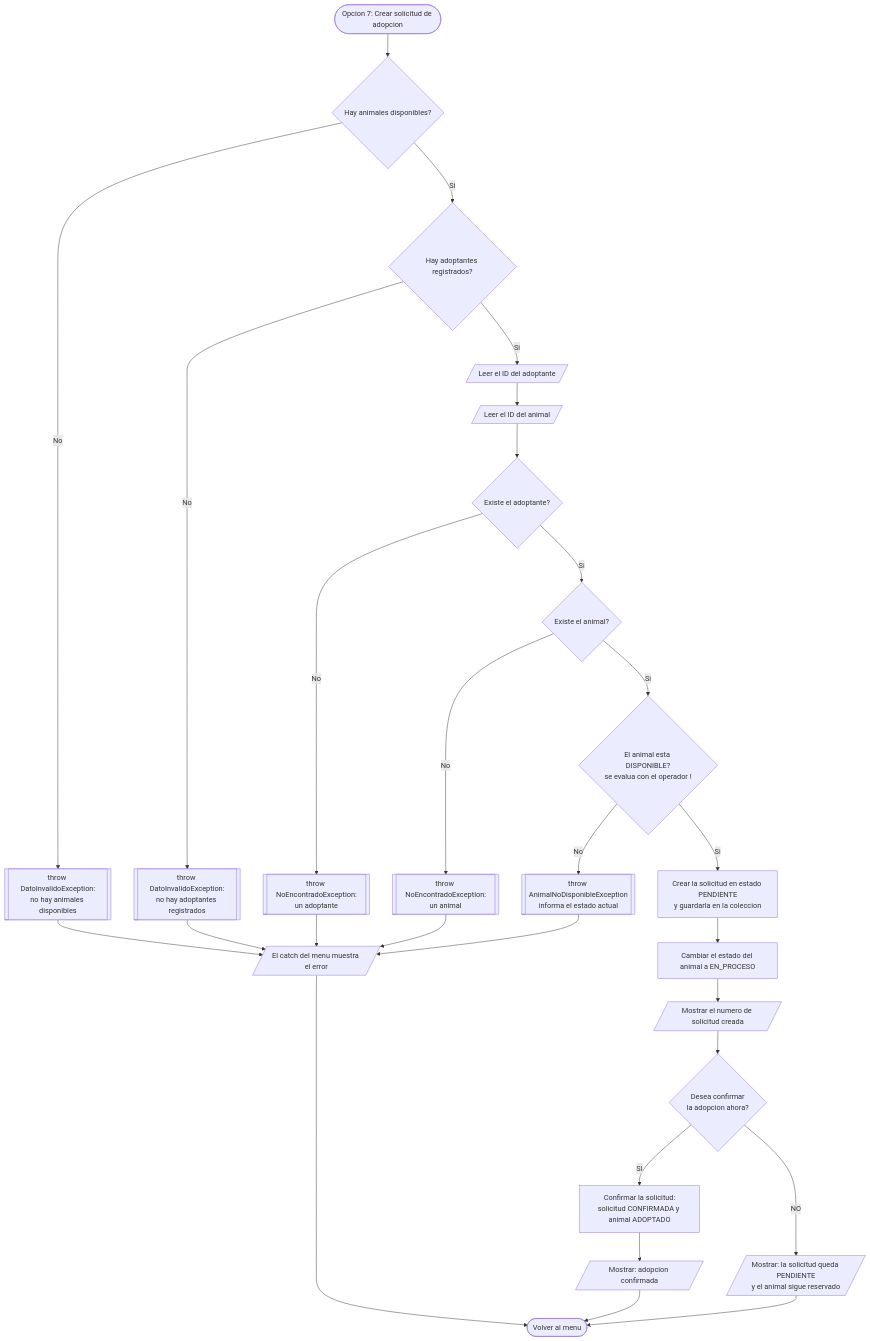
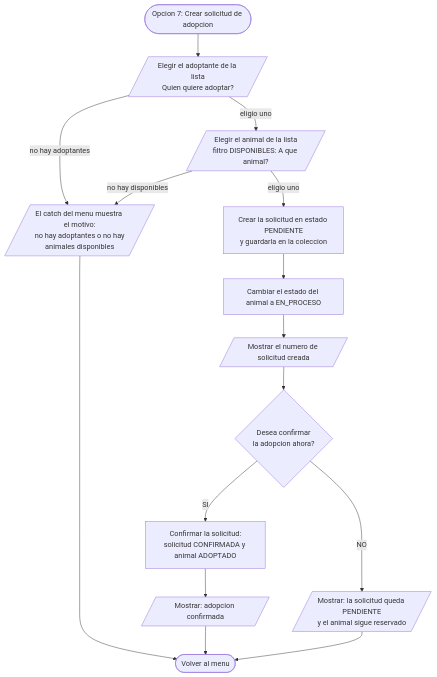
Before and after one commit to tobiastardivo/REFUGIO: the tenth of 18 diagrams in DIAGRAMAS.md, drawn with Mermaid. The commit also changed other lines of this file and 3 other files, not shown here.

````diff
--- a/DIAGRAMAS.md
+++ b/DIAGRAMAS.md
@@ -290,40 +343,23 @@
 ```mermaid
 flowchart TD
     INI(["Opcion 7: Crear solicitud de adopcion"])
-    HAYA{"Hay animales disponibles?"}
-    THROW1[["throw DatoInvalidoException:<br/>no hay animales disponibles"]]
-    HAYAD{"Hay adoptantes registrados?"}
-    THROW2[["throw DatoInvalidoException:<br/>no hay adoptantes registrados"]]
-    IDAD[/"Leer el ID del adoptante"/]
-    IDAN[/"Leer el ID del animal"/]
-    EXAD{"Existe el adoptante?"}
-    THROW3[["throw NoEncontradoException:<br/>un adoptante"]]
-    EXAN{"Existe el animal?"}
-    THROW4[["throw NoEncontradoException:<br/>un animal"]]
-    DISP{"El animal esta DISPONIBLE?<br/>se evalua con el operador !"}
-    THROW5[["throw AnimalNoDisponibleException<br/>informa el estado actual"]]
+    ELAD[/"Elegir el adoptante de la lista<br/>Quien quiere adoptar?"/]
+    ELAN[/"Elegir el animal de la lista<br/>filtro DISPONIBLES: A que animal?"/]
     CREA["Crear la solicitud en estado PENDIENTE<br/>y guardarla en la coleccion"]
     RESERVA["Cambiar el estado del animal a EN_PROCESO"]
     MSG[/"Mostrar el numero de solicitud creada"/]
     CONF{"Desea confirmar<br/>la adopcion ahora?"}
     CONFIRMA["Confirmar la solicitud:<br/>solicitud CONFIRMADA y animal ADOPTADO"]
     MSG1[/"Mostrar: adopcion confirmada"/]
     MSG2[/"Mostrar: la solicitud queda PENDIENTE<br/>y el animal sigue reservado"/]
-    CATCH[/"El catch del menu muestra el error"/]
+    CATCH[/"El catch del menu muestra el motivo:<br/>no hay adoptantes o no hay<br/>animales disponibles"/]
     FIN(["Volver al menu"])
 
-    INI --> HAYA
-    HAYA -->|"No"| THROW1 --> CATCH
-    HAYA -->|"Si"| HAYAD
-    HAYAD -->|"No"| THROW2 --> CATCH
-    HAYAD -->|"Si"| IDAD --> IDAN --> EXAD
-    EXAD -->|"No"| THROW3 --> CATCH
-    EXAD -->|"Si"| EXAN
-    EXAN -->|"No"| THROW4 --> CATCH
-    EXAN -->|"Si"| DISP
-    DISP -->|"No"| THROW5 --> CATCH
-    DISP -->|"Si"| CREA --> RESERVA --> MSG --> CONF
+    INI --> ELAD
+    ELAD -->|"no hay adoptantes"| CATCH --> FIN
+    ELAD -->|"eligio uno"| ELAN
+    ELAN -->|"no hay disponibles"| CATCH
+    ELAN -->|"eligio uno"| CREA --> RESERVA --> MSG --> CONF
     CONF -->|"SI"| CONFIRMA --> MSG1 --> FIN
     CONF -->|"NO"| MSG2 --> FIN
-    CATCH --> FIN
 ```
````
